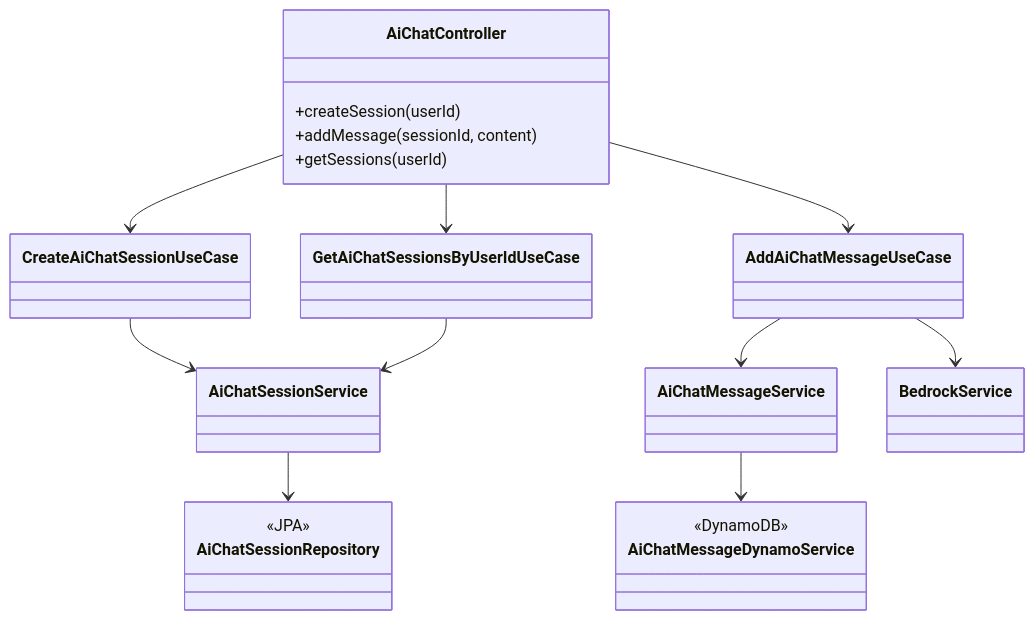
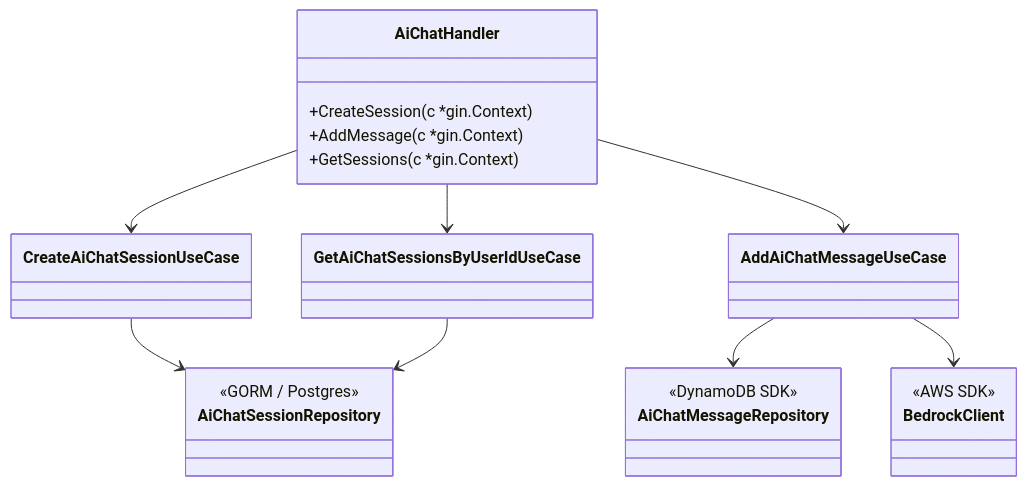
The first of 2 diagrams in README.md (norman6464/FreStyle), drawn with Mermaid before and after one commit. The commit also changed other lines of this file, not shown here.

First line of the commit message:
docs: README を Spring Boot → Go (Gin + GORM) 移行に合わせて全面更新 (#1486)

````diff
--- a/README.md
+++ b/README.md
@@ -208,32 +241,29 @@
 ```mermaid
 classDiagram
-    class AiChatController {
-      +createSession(userId)
-      +addMessage(sessionId, content)
-      +getSessions(userId)
+    class AiChatHandler {
+      +CreateSession(c *gin.Context)
+      +AddMessage(c *gin.Context)
+      +GetSessions(c *gin.Context)
     }
     class CreateAiChatSessionUseCase
     class AddAiChatMessageUseCase
     class GetAiChatSessionsByUserIdUseCase
-    class AiChatSessionService
-    class AiChatMessageService
-    class BedrockService
     class AiChatSessionRepository {
-      <<JPA>>
+      <<GORM / Postgres>>
     }
-    class AiChatMessageDynamoService {
-      <<DynamoDB>>
+    class AiChatMessageRepository {
+      <<DynamoDB SDK>>
+    }
+    class BedrockClient {
+      <<AWS SDK>>
     }
 
-    AiChatController --> CreateAiChatSessionUseCase
-    AiChatController --> AddAiChatMessageUseCase
-    AiChatController --> GetAiChatSessionsByUserIdUseCase
+    AiChatHandler --> CreateAiChatSessionUseCase
+    AiChatHandler --> AddAiChatMessageUseCase
+    AiChatHandler --> GetAiChatSessionsByUserIdUseCase
 
-    CreateAiChatSessionUseCase --> AiChatSessionService
-    AddAiChatMessageUseCase --> AiChatMessageService
-    AddAiChatMessageUseCase --> BedrockService
-    GetAiChatSessionsByUserIdUseCase --> AiChatSessionService
-
-    AiChatSessionService --> AiChatSessionRepository
-    AiChatMessageService --> AiChatMessageDynamoService
+    CreateAiChatSessionUseCase --> AiChatSessionRepository
+    AddAiChatMessageUseCase --> AiChatMessageRepository
+    AddAiChatMessageUseCase --> BedrockClient
+    GetAiChatSessionsByUserIdUseCase --> AiChatSessionRepository
 ```
````
